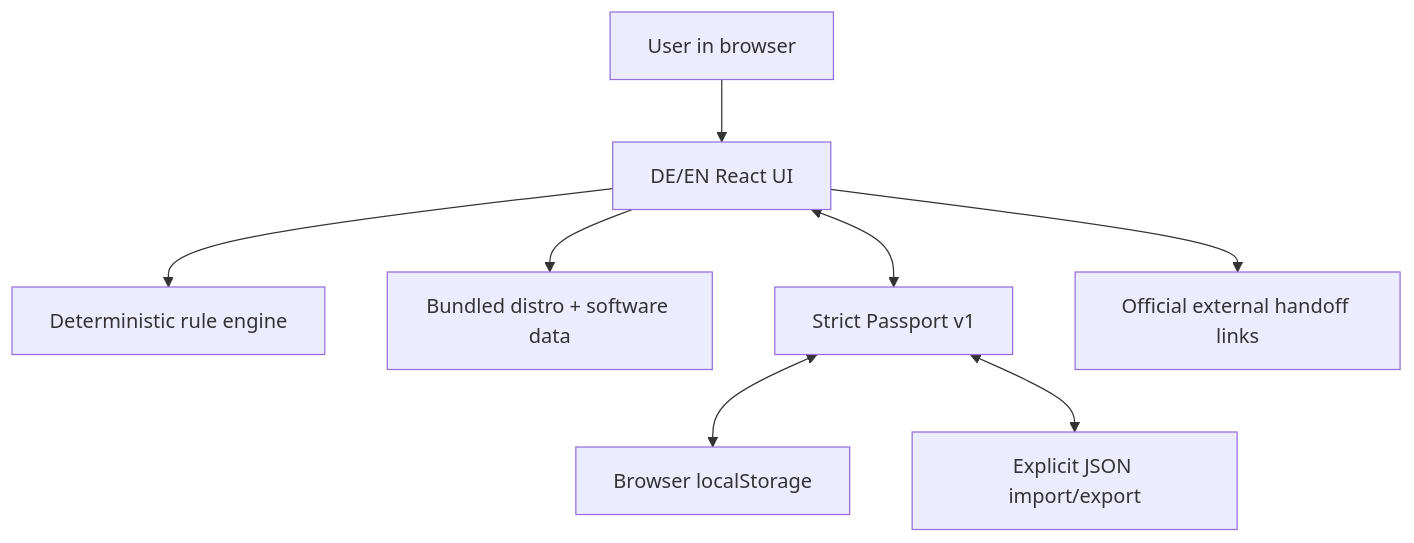
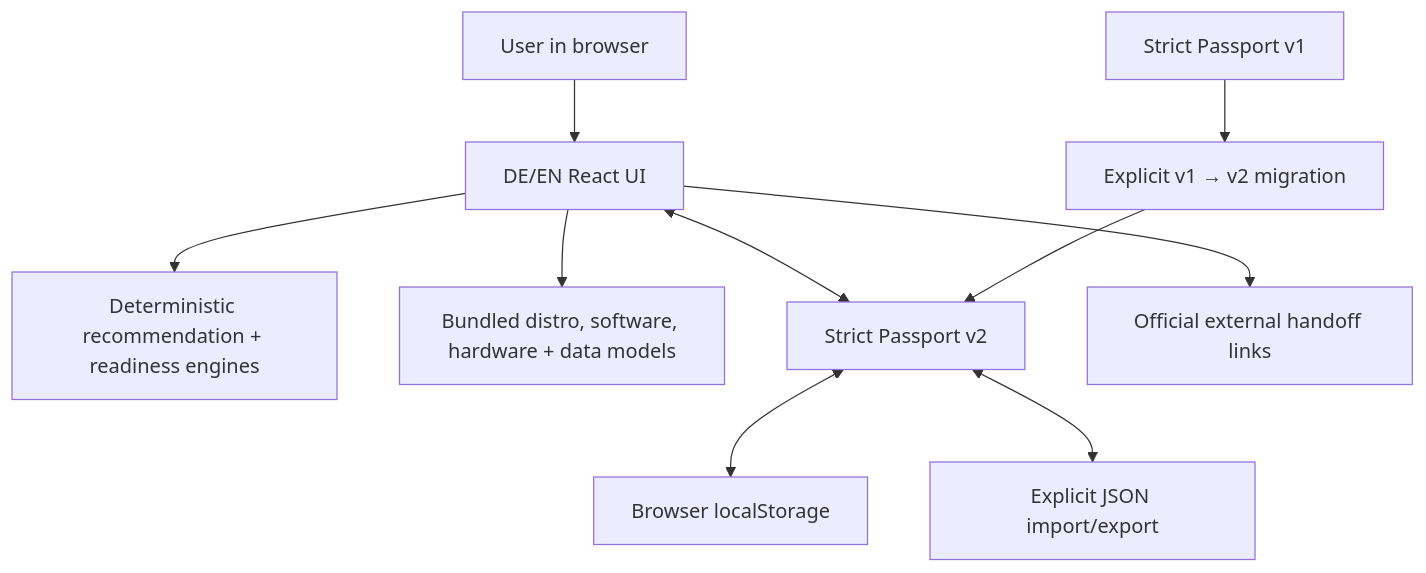
Before and after one commit to dennishilk/linux-migration-companion: the diagram in docs/ARCHITECTURE.md, drawn with Mermaid. The commit also changed other lines of this file and 21 other files, not shown here.

````diff
--- a/docs/ARCHITECTURE.md
+++ b/docs/ARCHITECTURE.md
@@ -7,10 +9,11 @@
 ```mermaid
 flowchart TD
     User["User in browser"] --> UI["DE/EN React UI"]
-    UI --> Engine["Deterministic rule engine"]
-    UI --> Catalog["Bundled distro + software data"]
-    UI <--> Passport["Strict Passport v1"]
+    UI --> Engine["Deterministic recommendation + readiness engines"]
+    UI --> Catalog["Bundled distro, software, hardware + data models"]
+    UI <--> Passport["Strict Passport v2"]
     Passport <--> Local["Browser localStorage"]
     Passport <--> File["Explicit JSON import/export"]
+    V1["Strict Passport v1"] --> Migrator["Explicit v1 → v2 migration"] --> Passport
     UI --> Links["Official external handoff links"]
 ```
````
